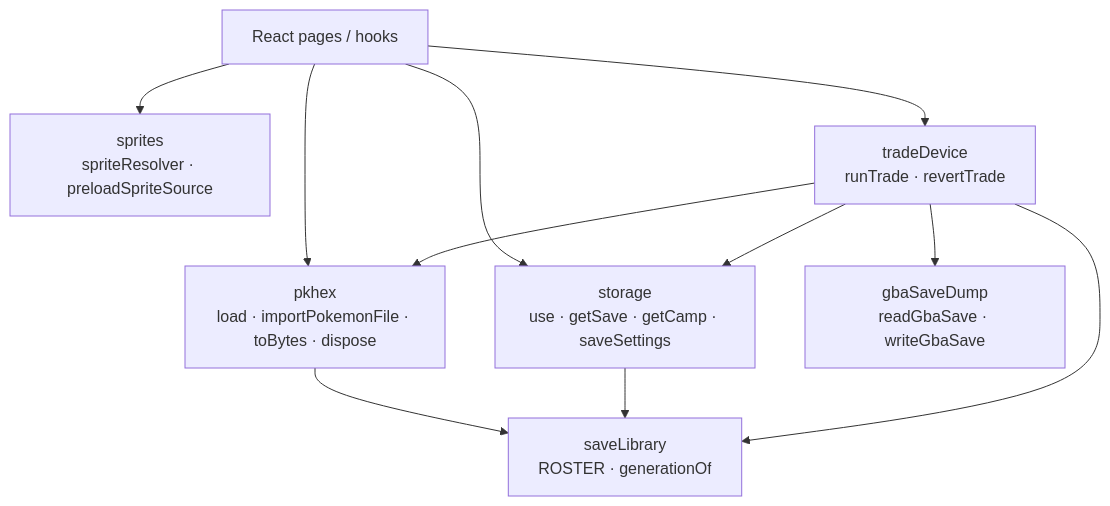
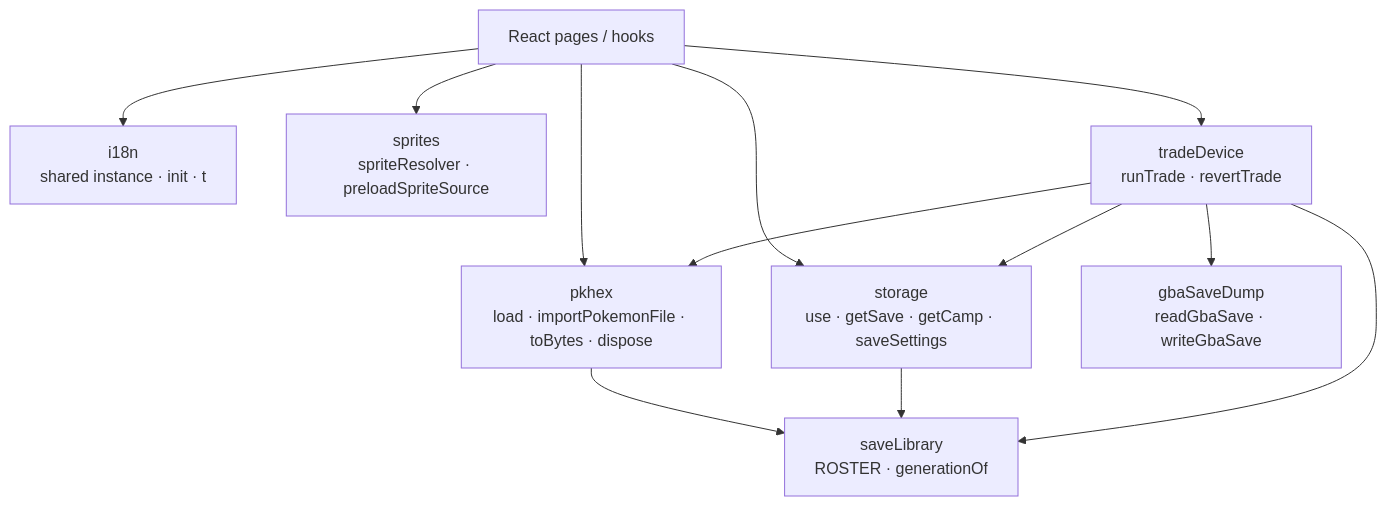
One commit to MercuryEnigma/pkcamp changed the diagram in src/services/ARCHITECTURE.md. Above: the diagram before and after it, drawn with Mermaid. The commit also changed other lines of this file and 44 other files, not shown here.

````diff
--- a/src/services/ARCHITECTURE.md
+++ b/src/services/ARCHITECTURE.md
@@ -15,11 +16,12 @@
 ```mermaid
 flowchart TB
   UI["React pages / hooks"] --> PK["pkhex<br/>load · importPokemonFile · toBytes · dispose"]
+  UI --> I18n["i18n<br/>shared instance · init · t"]
   UI --> Sprite["sprites<br/>spriteResolver · preloadSpriteSource"]
   UI --> Store["storage<br/>use · getSave · getCamp · saveSettings"]
   UI --> Trade["tradeDevice<br/>runTrade · revertTrade"]
   Trade --> PK
   Trade --> Store
   Trade --> GBA["gbaSaveDump<br/>readGbaSave · writeGbaSave"]
   PK & Store & Trade --> Roster["saveLibrary<br/>ROSTER · generationOf"]
 ```
````
